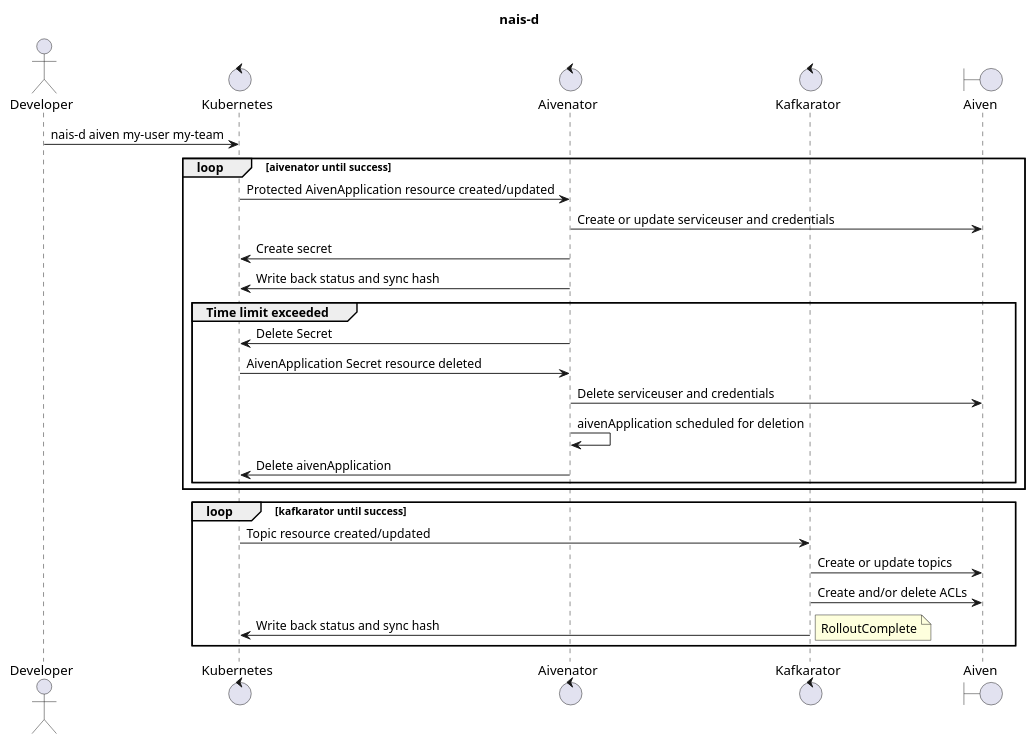
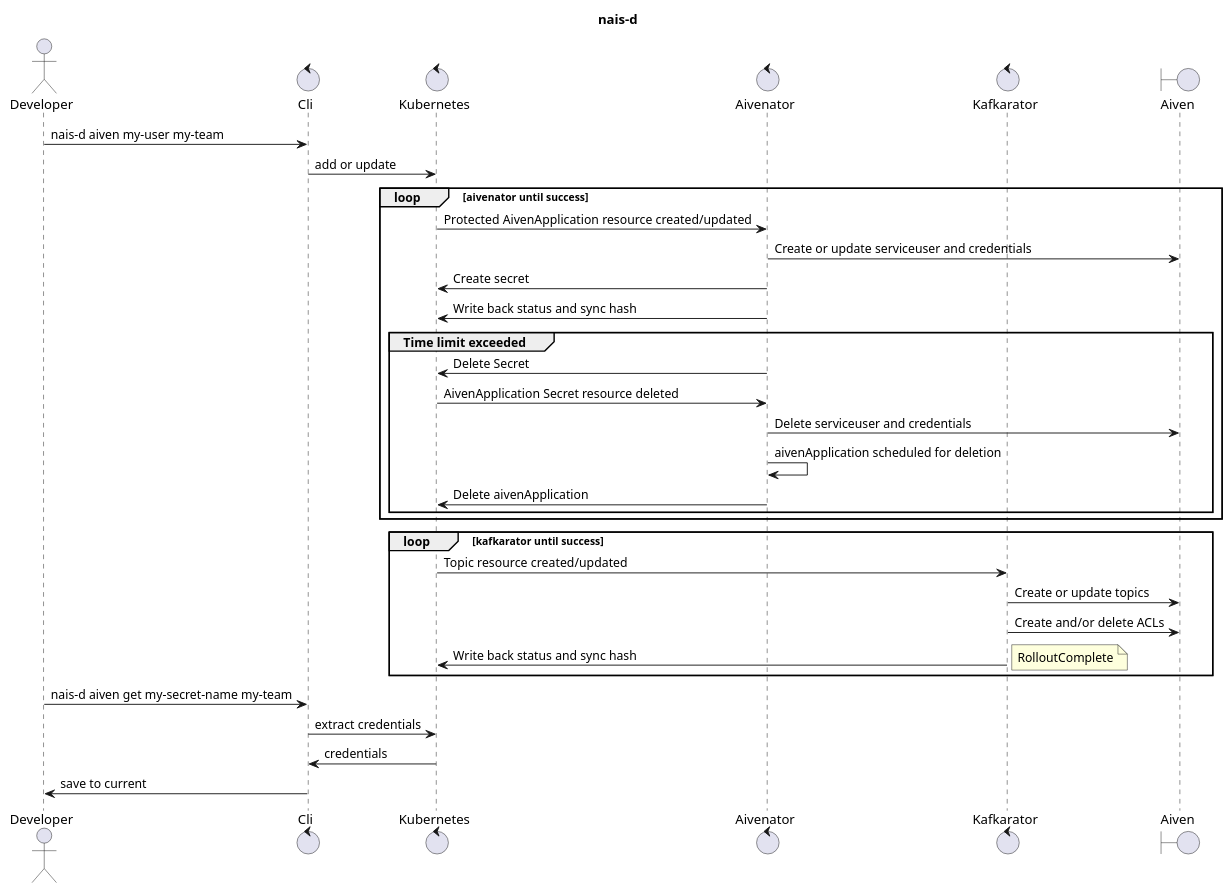
The diagram in doc/nais-d.puml (nais/cli), drawn with PlantUML before and after one commit. The commit also changed 2 other files, not shown here.

```diff
--- a/doc/nais-d.puml
+++ b/doc/nais-d.puml
@@ -1,34 +1,41 @@
 @startuml
 title nais-d
 
 actor developer as "Developer"
+control cli as "Cli"
 control kubernetes as "Kubernetes"
 control aivenator as "Aivenator"
 control kafkarator as "Kafkarator"
 boundary aiven as "Aiven"
 
-developer -> kubernetes : nais-d aiven my-user my-team
+developer -> cli : nais-d aiven my-user my-team
+cli -> kubernetes : add or update
 
 loop aivenator until success
 kubernetes -> aivenator : Protected AivenApplication resource created/updated
 aivenator -> aiven : Create or update serviceuser and credentials
 aivenator -> kubernetes : Create secret
 aivenator -> kubernetes : Write back status and sync hash
 group Time limit exceeded
 aivenator -> kubernetes : Delete Secret
 kubernetes -> aivenator : AivenApplication Secret resource deleted
 aivenator -> aiven : Delete serviceuser and credentials
 aivenator -> aivenator : aivenApplication scheduled for deletion
 aivenator -> kubernetes : Delete aivenApplication
     end
 end
 
 loop kafkarator until success
 kubernetes -> kafkarator : Topic resource created/updated
 kafkarator -> aiven : Create or update topics
 kafkarator -> aiven : Create and/or delete ACLs
 kafkarator -> kubernetes : Write back status and sync hash
 note right: RolloutComplete
 end
 
+developer -> cli : nais-d aiven get my-secret-name my-team
+cli -> kubernetes : extract credentials
+cli <- kubernetes : credentials
+developer <- cli : save to current
+
 @enduml
```
